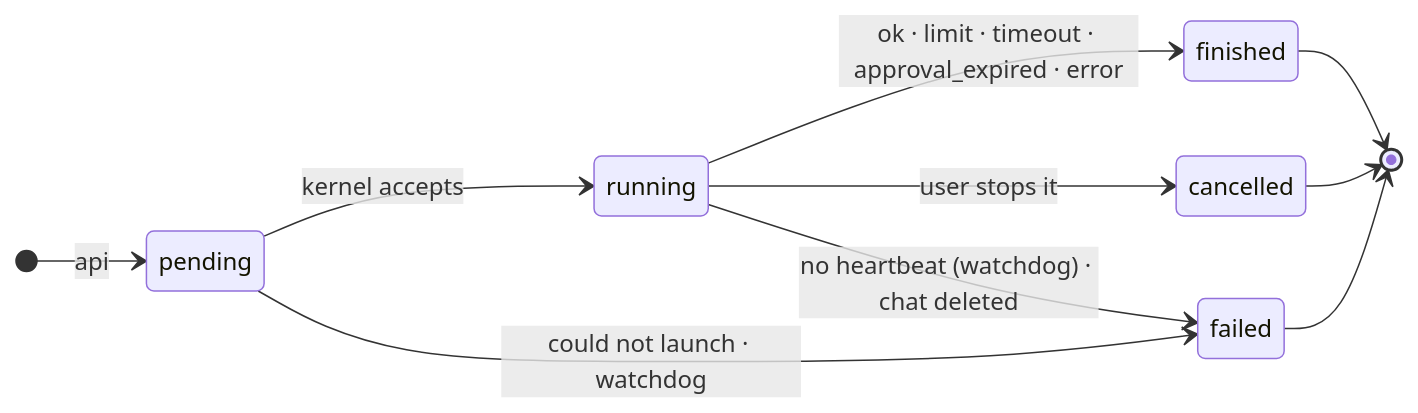
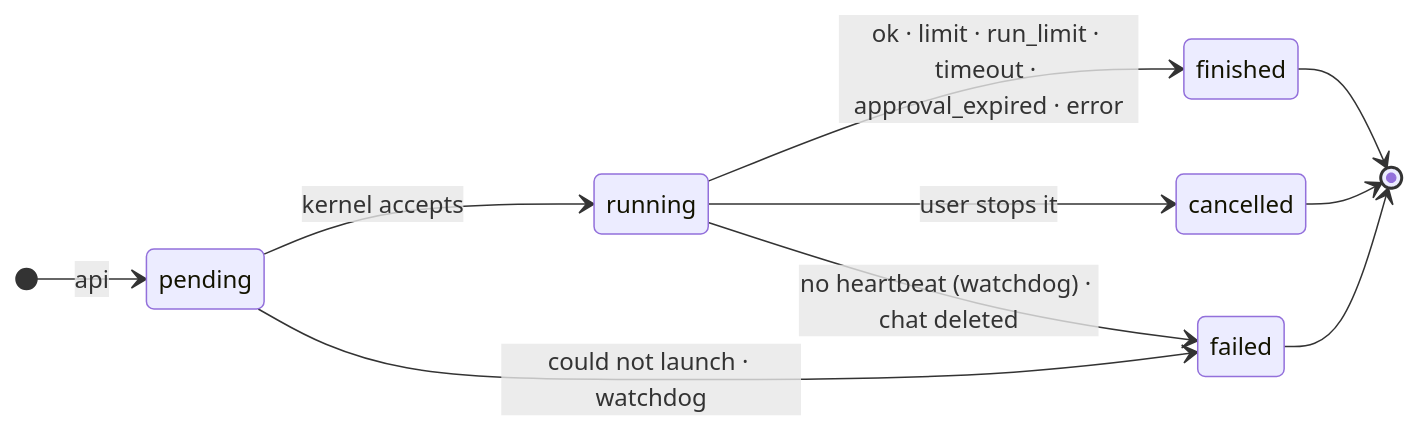
The fifth of 8 diagrams in docs/hld-arquitectura-agentes.md (ikermendi/sample-agent-platform-with-agentcore), drawn with Mermaid before and after one commit. The commit also changed other lines of this file, not shown here.

Commit message:
docs: el HLD recoge los topes por run: requisito funcional, run_limit en el diagrama de estados y un párrafo en el control de costes que separa el presupuesto mensual de los topes, con el botón Continuar

````diff
--- a/docs/hld-arquitectura-agentes.md
+++ b/docs/hld-arquitectura-agentes.md
@@ -282,13 +283,13 @@
 ```mermaid
 stateDiagram-v2
   direction LR
   [*] --> pending : api
   pending --> running : kernel accepts
   pending --> failed : could not launch · watchdog
-  running --> finished : ok · limit · timeout · approval_expired · error
+  running --> finished : ok · limit · run_limit · timeout · approval_expired · error
   running --> cancelled : user stops it
   running --> failed : no heartbeat (watchdog) · chat deleted
   finished --> [*]
   cancelled --> [*]
   failed --> [*]
 ```
````
